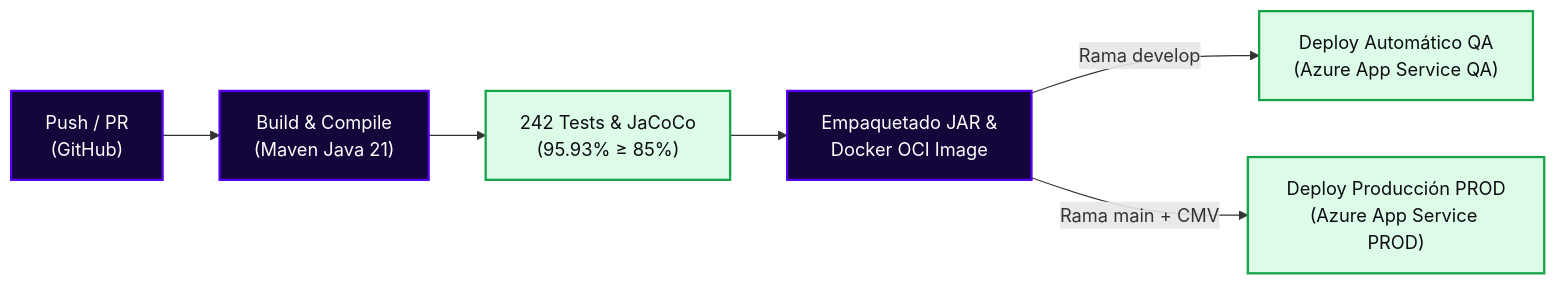
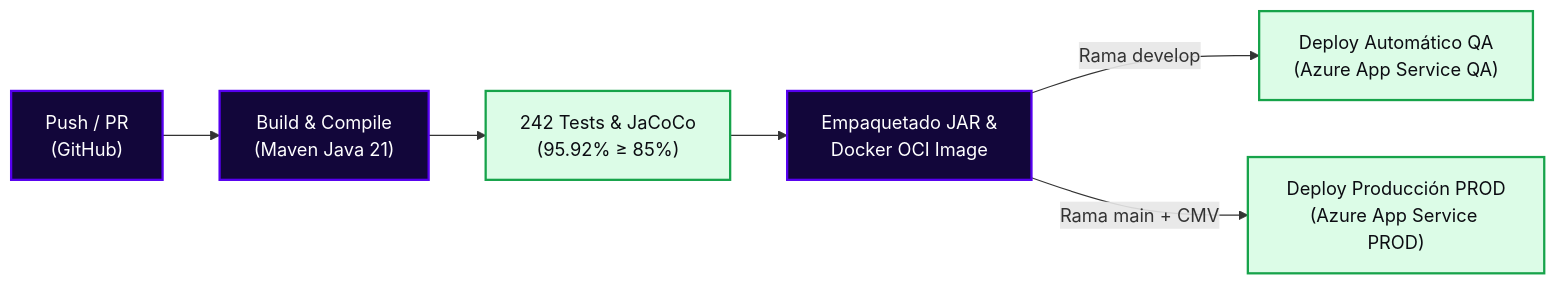
Before and after one commit to StyleRadar1/PT8080-Donations-Service: the diagram in README.md, drawn with Mermaid. The commit also changed other lines of this file, not shown here.

Commit message:
docs(readme): agregar descripciones de diagramas general y despliegue y actualizar endpoints /api/v1

````diff
--- a/README.md
+++ b/README.md
@@ -498,14 +518,14 @@
 ```mermaid
 flowchart LR
     A["Push / PR<br>(GitHub)"] --> B["Build & Compile<br>(Maven Java 21)"]
-    B --> C["242 Tests & JaCoCo<br>(95.93% ≥ 85%)"]
+    B --> C["242 Tests & JaCoCo<br>(95.92% ≥ 85%)"]
     C --> D["Empaquetado JAR &<br>Docker OCI Image"]
     D -->|Rama develop| E["Deploy Automático QA<br>(Azure App Service QA)"]
     D -->|Rama main + CMV| F["Deploy Producción PROD<br>(Azure App Service PROD)"]
 
     classDef step fill:#12063A,stroke:#5600EF,stroke-width:2px,color:#FFFFFF;
     classDef pass fill:#DCFCE7,stroke:#16A34A,stroke-width:2px,color:#0C0C12;
 
     class A,B,D step;
     class C,E,F pass;
 ```
````
